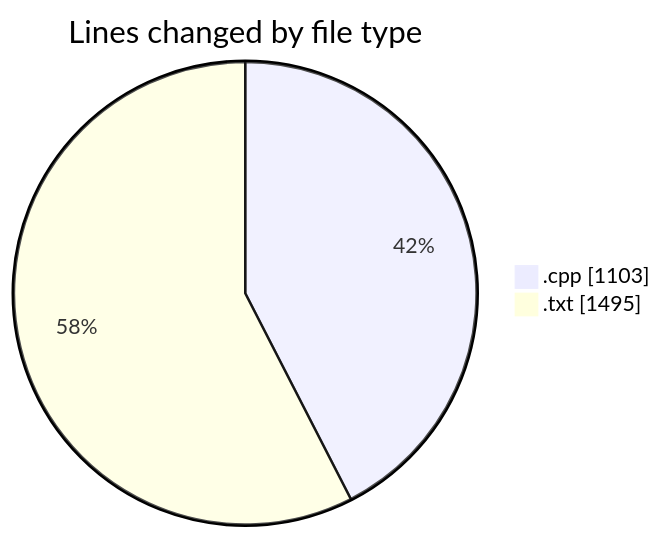
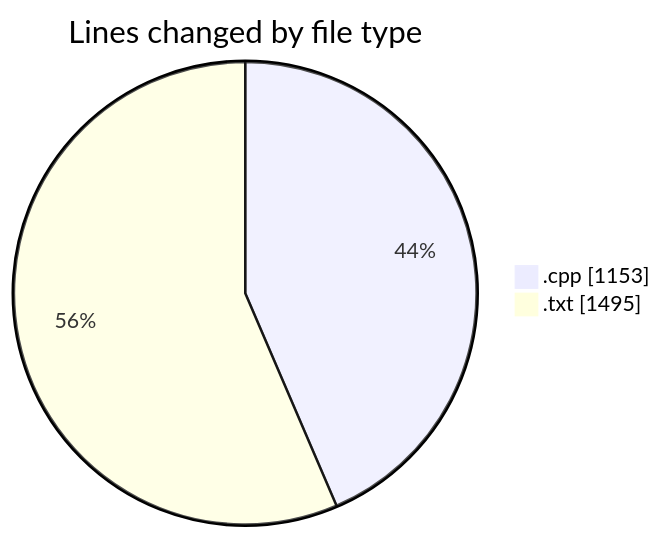
Before and after one commit to Ritupan-Deka/code-tracking: the first of 2 diagrams in 2025-06-21/refinedproject/README.md, drawn with Mermaid. The commit also changed other lines of this file and 1 other file, not shown here.

````diff
--- a/2025-06-21/refinedproject/README.md
+++ b/2025-06-21/refinedproject/README.md
@@ -26,6 +26,6 @@
 ```mermaid
 pie showData
 title Lines changed by file type
-".cpp" : 1103
+".cpp" : 1153
 ".txt" : 1495
 ```
````
